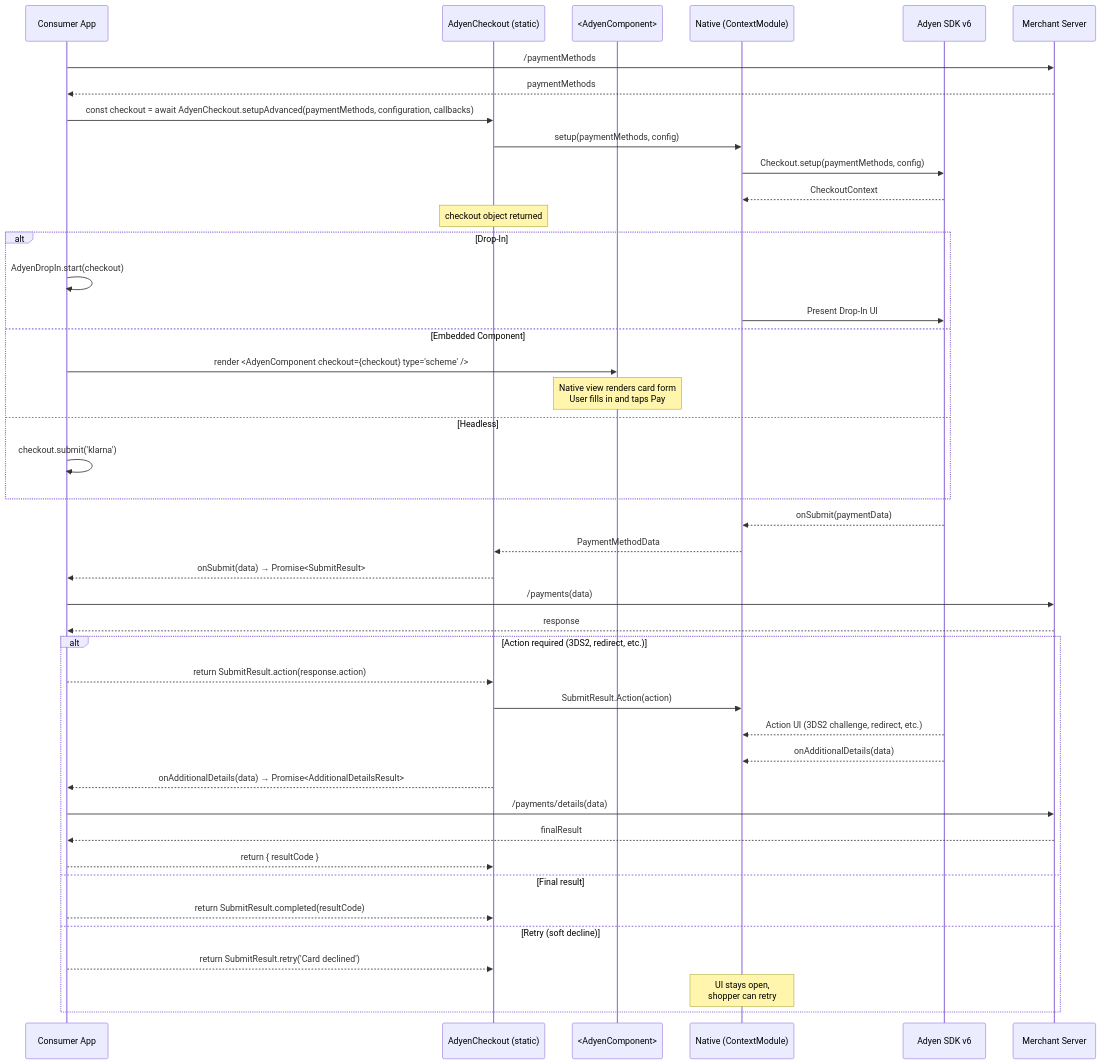
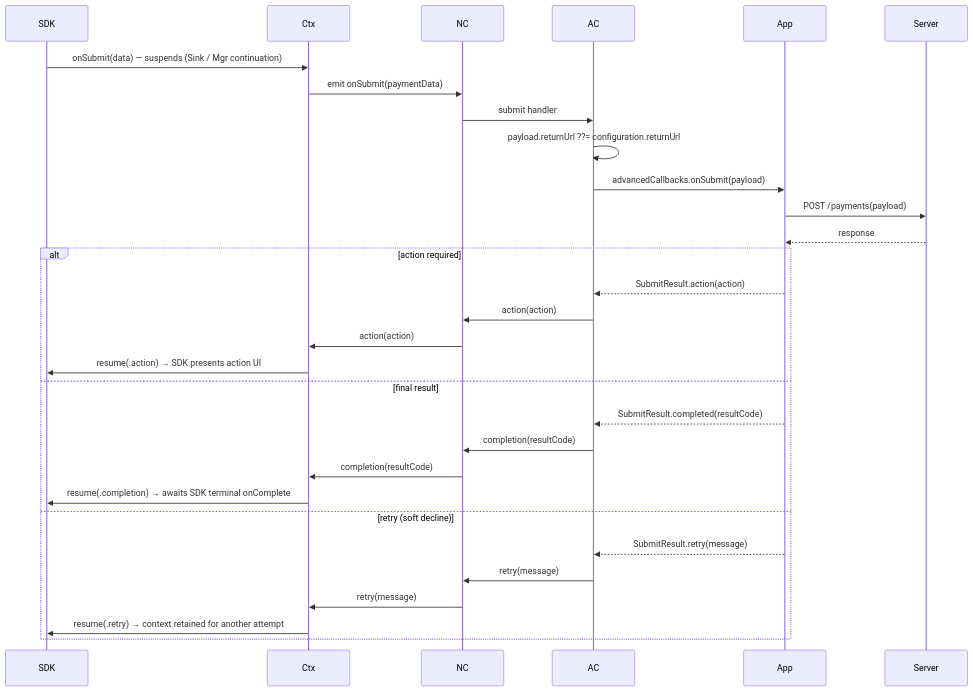
One commit to Adyen/adyen-react-native changed the sixth of 18 diagrams in docs/public-api-flows.md. Above: the diagram before and after it, drawn with Mermaid. The commit also changed other lines of this file and 1 other file, not shown here.

First line of the commit message:
docs: rewrite public API flows and add the feature support matrix

````diff
--- a/docs/public-api-flows.md
+++ b/docs/public-api-flows.md
@@ -49,51 +269,33 @@
 ```mermaid
 sequenceDiagram
-    participant App as Consumer App
-    participant AC as AdyenCheckout (static)
-    participant View as <AdyenComponent>
-    participant Native as Native (ContextModule)
-    participant SDK as Adyen SDK v6
-    participant Server as Merchant Server
+  participant SDK
+  participant Ctx
+  participant NC
+  participant AC
+  participant App
+  participant Server
 
-    App->>Server: /paymentMethods
-    Server-->>App: paymentMethods
-
-    App->>AC: const checkout = await AdyenCheckout.setupAdvanced(paymentMethods, configuration, callbacks)
-    AC->>Native: setup(paymentMethods, config)
-    Native->>SDK: Checkout.setup(paymentMethods, config)
-    SDK-->>Native: CheckoutContext
-    Note over AC: checkout object returned
-
-    alt Drop-In
-        App->>App: AdyenDropIn.start(checkout)
-        Native->>SDK: Present Drop-In UI
-    else Embedded Component
-        App->>View: render <AdyenComponent checkout={checkout} type="scheme" />
-        Note over View: Native view renders card form<br/>User fills in and taps Pay
-    else Headless
-        App->>App: checkout.submit('klarna')
-    end
-
-    SDK-->>Native: onSubmit(paymentData)
-    Native-->>AC: PaymentMethodData
-    AC-->>App: onSubmit(data) → Promise<SubmitResult>
-
-    App->>Server: /payments(data)
-    Server-->>App: response
-
-    alt Action required (3DS2, redirect, etc.)
-        App-->>AC: return SubmitResult.action(response.action)
-        AC->>Native: SubmitResult.Action(action)
-        SDK-->>Native: Action UI (3DS2 challenge, redirect, etc.)
-        SDK-->>Native: onAdditionalDetails(data)
-        AC-->>App: onAdditionalDetails(data) → Promise<AdditionalDetailsResult>
-        App->>Server: /payments/details(data)
-        Server-->>App: finalResult
-        App-->>AC: return { resultCode }
-    else Final result
-        App-->>AC: return SubmitResult.completed(resultCode)
-    else Retry (soft decline)
-        App-->>AC: return SubmitResult.retry('Card declined')
-        Note over Native: UI stays open,<br/>shopper can retry
-    end
+  SDK->>Ctx: onSubmit(data) — suspends (Sink / Mgr continuation)
+  Ctx->>NC: emit onSubmit(paymentData)
+  NC->>AC: submit handler
+  AC->>AC: payload.returnUrl ??= configuration.returnUrl
+  AC->>App: advancedCallbacks.onSubmit(payload)
+  App->>Server: POST /payments(payload)
+  Server-->>App: response
+  alt action required
+    App-->>AC: SubmitResult.action(action)
+    AC->>NC: action(action)
+    NC->>Ctx: action(action)
+    Ctx->>SDK: resume(.action) → SDK presents action UI
+  else final result
+    App-->>AC: SubmitResult.completed(resultCode)
+    AC->>NC: completion(resultCode)
+    NC->>Ctx: completion(resultCode)
+    Ctx->>SDK: resume(.completion) → awaits SDK terminal onComplete
+  else retry (soft decline)
+    App-->>AC: SubmitResult.retry(message)
+    AC->>NC: retry(message)
+    NC->>Ctx: retry(message)
+    Ctx->>SDK: resume(.retry) → context retained for another attempt
+  end
 ```
````
